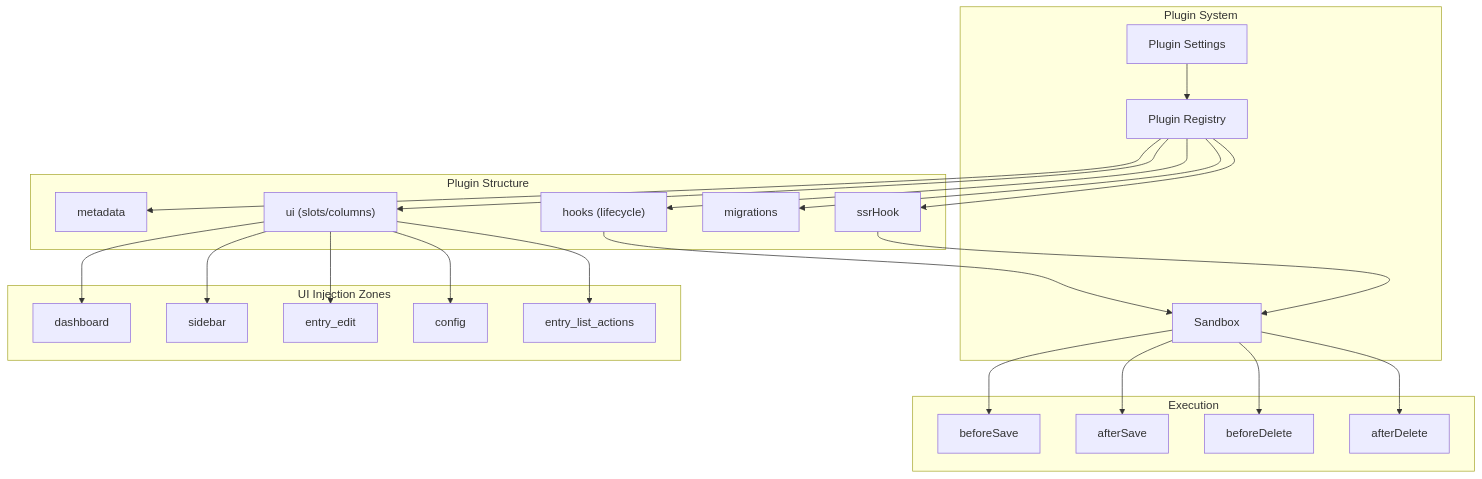
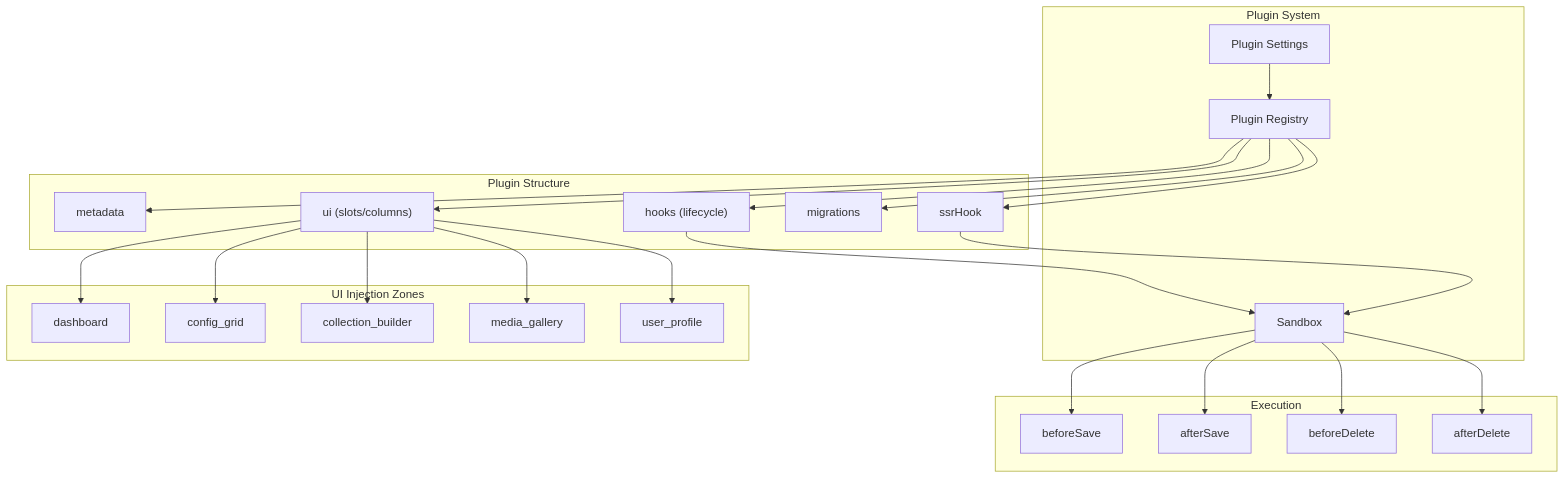
The diagram in docs/guides/development/plugin/development.mdx (SveltyCMS/SveltyCMS), drawn with Mermaid before and after one commit. The commit also changed other lines of this file and 58 other files, not shown here.

````diff
--- a/docs/guides/development/plugin/development.mdx
+++ b/docs/guides/development/plugin/development.mdx
@@ -23,38 +23,38 @@
 ```mermaid
 graph TB
     subgraph "Plugin System"
         R["Plugin Registry"]
         S["Plugin Settings"]
         SB["Sandbox"]
     end
 
     subgraph "Plugin Structure"
         M["metadata"]
         H["hooks (lifecycle)"]
         U["ui (slots/columns)"]
         MG["migrations"]
         SR["ssrHook"]
     end
 
     subgraph "Execution"
         BF["beforeSave"]
         AF["afterSave"]
         BD["beforeDelete"]
         AD["afterDelete"]
     end
 
     subgraph "UI Injection Zones"
         D["dashboard"]
-        SID["sidebar"]
-        EE["entry_edit"]
-        CFG["config"]
-        ELA["entry_list_actions"]
+        SID["config_grid"]
+        EE["collection_builder"]
+        CFG["media_gallery"]
+        ELA["user_profile"]
     end
 
     R --> M
     R --> H --> SB --> BF & AF & BD & AD
     R --> U --> D & SID & EE & CFG & ELA
     R --> MG
     R --> SR --> SB
     S --> R
 ```
````
